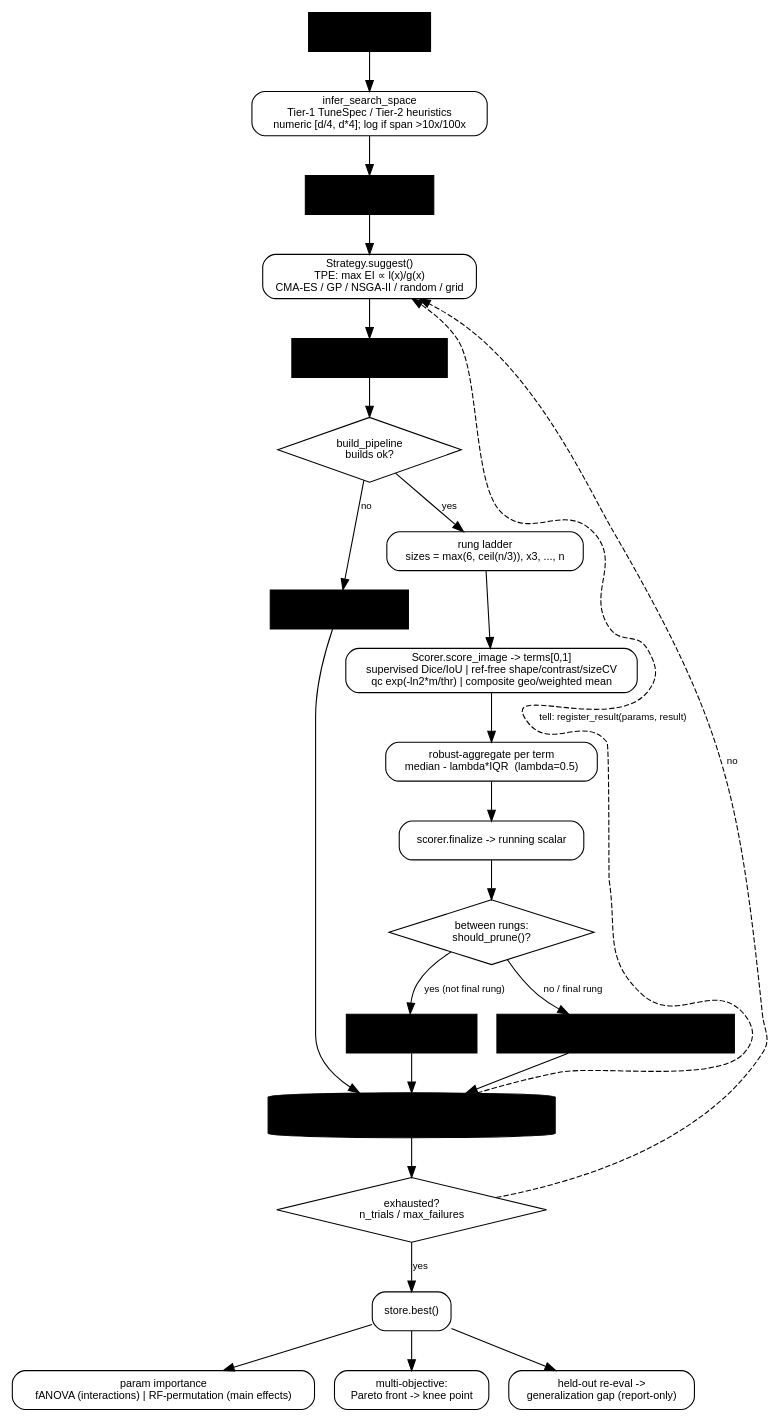
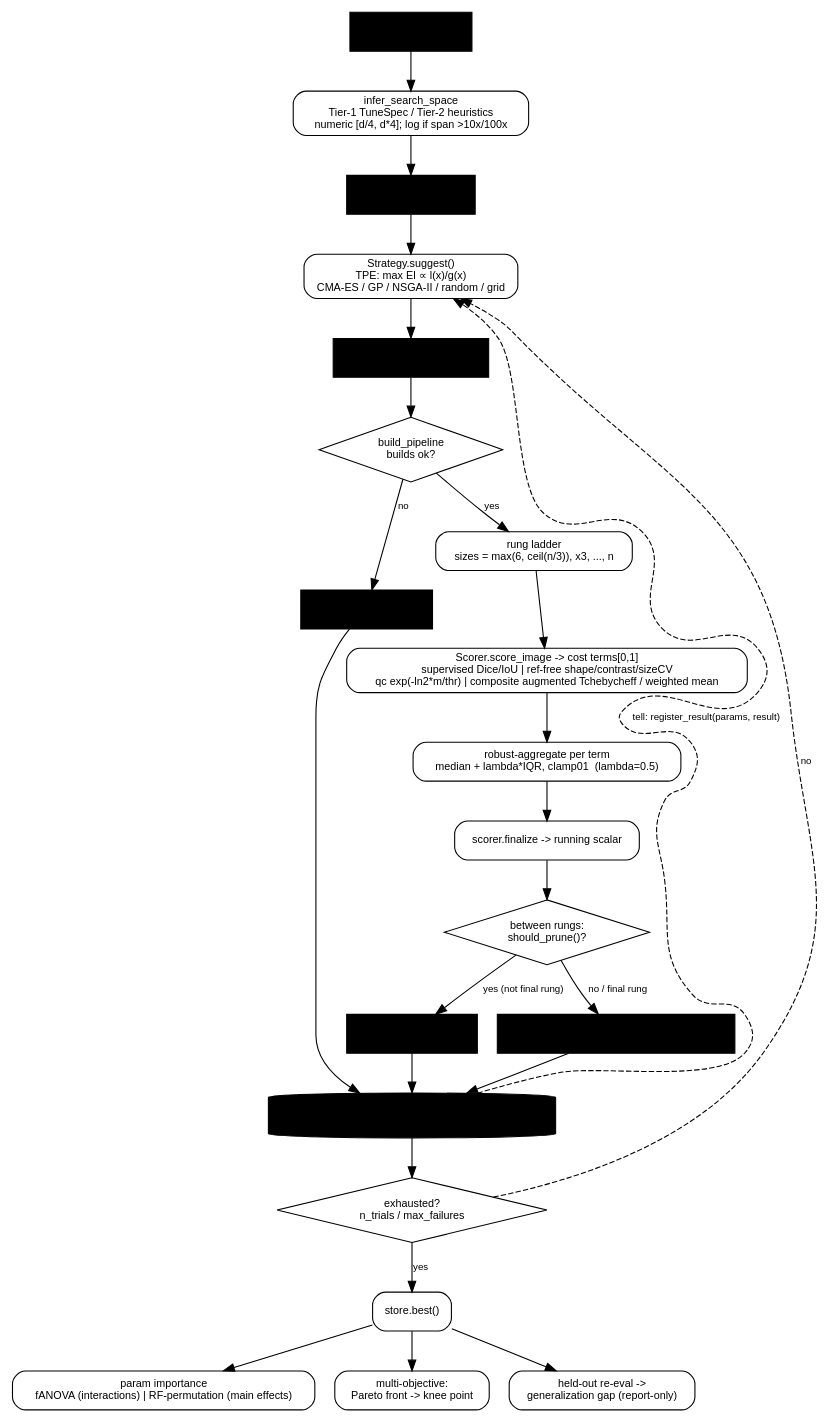
Before and after one commit to exfab/PhenoTypic: the second of 2 diagrams in docs/superpowers/explain/tune-with-optuna.graph.md, drawn with Graphviz. The commit also changed other lines of this file, not shown here.

Commit message:
docs(tune): update tune data-flow graph for cost convention

````diff
--- a/docs/superpowers/explain/tune-with-optuna.graph.md
+++ b/docs/superpowers/explain/tune-with-optuna.graph.md
@@ -93,61 +93,61 @@
 ```dot
 digraph tune_dataflow {
     rankdir=TB;
     node [fontname="Helvetica", fontsize=10];
     edge [fontname="Helvetica", fontsize=9];
 
     // shapes: box=data, box+rounded=process, diamond=decision, cylinder=store
     pipe   [shape=box, style=filled, fillcolor="#eef", label="base ImagePipeline"];
     infer  [shape=box, style=rounded, label="infer_search_space\nTier-1 TuneSpec / Tier-2 heuristics\nnumeric [d/4, d*4]; log if span >10x/100x"];
     space  [shape=box, style=filled, fillcolor="#eef", label="SearchSpace (Knobs)"];
 
     strat  [shape=box, style=rounded, label="Strategy.suggest()\nTPE: max EI ∝ l(x)/g(x)\nCMA-ES / GP / NSGA-II / random / grid"];
     params [shape=box, style=filled, fillcolor="#eef", label="params + PruningChannel"];
 
     build  [shape=diamond, label="build_pipeline\nbuilds ok?"];
-    fail   [shape=box, style=filled, fillcolor="#fdd", label="EvaluationResult\nfailed=True, score=0.0"];
+    fail   [shape=box, style=filled, fillcolor="#fdd", label="EvaluationResult\nfailed=True, cost=1.0"];
 
     rung   [shape=box, style=rounded, label="rung ladder\nsizes = max(6, ceil(n/3)), x3, ..., n"];
-    score  [shape=box, style=rounded, label="Scorer.score_image -> terms[0,1]\nsupervised Dice/IoU | ref-free shape/contrast/sizeCV\nqc exp(-ln2*m/thr) | composite geo/weighted mean"];
-    agg    [shape=box, style=rounded, label="robust-aggregate per term\nmedian - lambda*IQR  (lambda=0.5)"];
+    score  [shape=box, style=rounded, label="Scorer.score_image -> cost terms[0,1]\nsupervised Dice/IoU | ref-free shape/contrast/sizeCV\nqc exp(-ln2*m/thr) | composite augmented Tchebycheff / weighted mean"];
+    agg    [shape=box, style=rounded, label="robust-aggregate per term\nmedian + lambda*IQR, clamp01  (lambda=0.5)"];
     final  [shape=box, style=rounded, label="scorer.finalize -> running scalar"];
     prune  [shape=diamond, label="between rungs:\nshould_prune()?"];
     partial[shape=box, style=filled, fillcolor="#ffd", label="EvaluationResult\npruned=True (partial)"];
     result [shape=box, style=filled, fillcolor="#dfd", label="EvaluationResult\nscore, terms, objectives?, gap, suspicious"];
 
     store  [shape=cylinder, style=filled, fillcolor="#efe", label="StudyStore\nappend Trial; budget number+=1, failures+=failed"];
     exh    [shape=diamond, label="exhausted?\nn_trials / max_failures"];
 
     best   [shape=box, style=rounded, label="store.best()"];
     imp    [shape=box, style=rounded, label="param importance\nfANOVA (interactions) | RF-permutation (main effects)"];
     pareto [shape=box, style=rounded, label="multi-objective:\nPareto front -> knee point"];
     gen    [shape=box, style=rounded, label="held-out re-eval ->\ngeneralization gap (report-only)"];
 
     // setup
     pipe -> infer -> space -> strat;
 
     // ask
     strat -> params -> build;
     build -> fail   [label="no"];
     build -> rung   [label="yes"];
 
     // evaluate
     rung -> score -> agg -> final -> prune;
     prune -> partial [label="yes (not final rung)"];
     prune -> result  [label="no / final rung"];
 
     // collect + tell (feedback dashed)
     result  -> store;
     partial -> store;
     fail    -> store;
     store -> strat [label="tell: register_result(params, result)", style=dashed, constraint=false];
     store -> exh;
     exh -> strat [label="no", style=dashed, constraint=false];
     exh -> best  [label="yes"];
 
     // finalize
     best -> imp;
     best -> pareto;
     best -> gen;
 }
 ```
````
